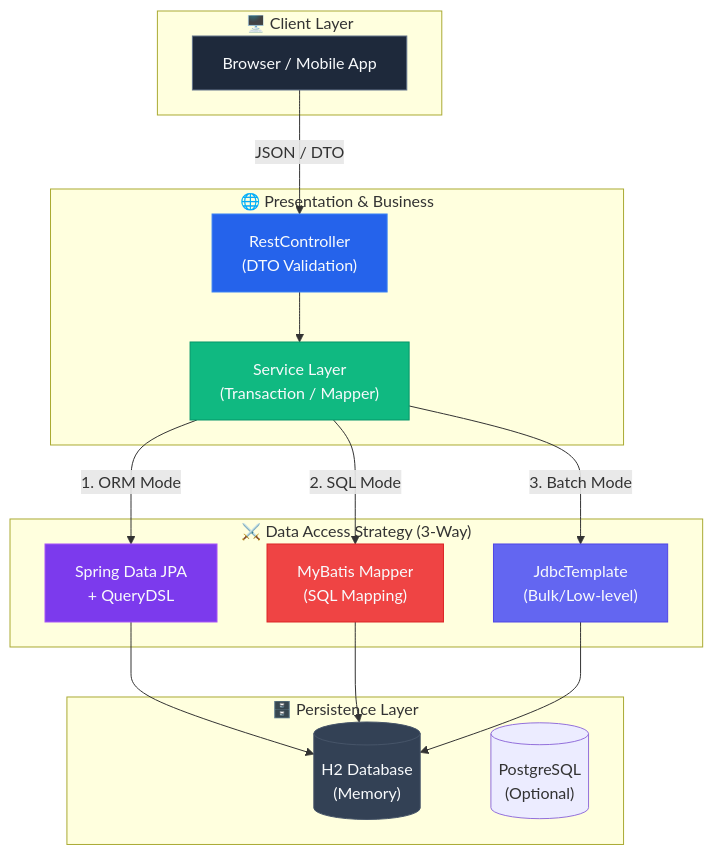
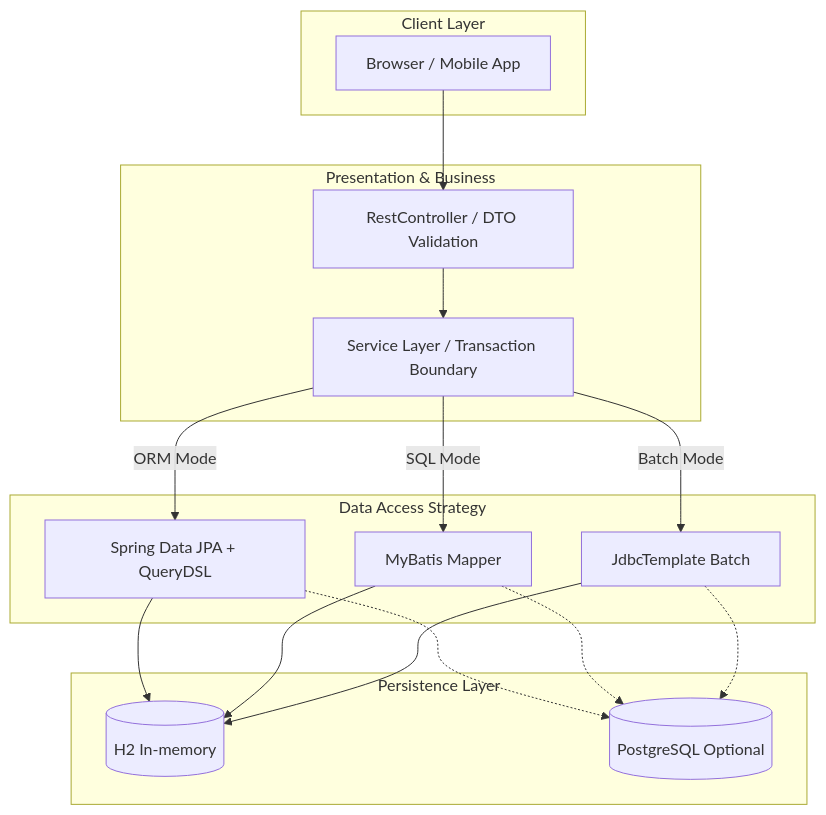
Before and after one commit to hooneyg/database-master-lab: the diagram in README.md, drawn with Mermaid. The commit also changed other lines of this file and 1 other file, not shown here.

````diff
--- a/README.md
+++ b/README.md
@@ -36,40 +41,34 @@
 ```mermaid
 graph TB
-    subgraph "🖥️ Client Layer"
+    subgraph "Client Layer"
         Client["Browser / Mobile App"]
     end
 
-    subgraph "🌐 Presentation & Business"
-        Controller["RestController<br/>(DTO Validation)"]
-        Service["Service Layer<br/>(Transaction / Mapper)"]
+    subgraph "Presentation & Business"
+        Controller["RestController / DTO Validation"]
+        Service["Service Layer / Transaction Boundary"]
     end
 
-    subgraph "⚔️ Data Access Strategy (3-Way)"
-        JPA["Spring Data JPA<br/>+ QueryDSL"]
-        MyBatis["MyBatis Mapper<br/>(SQL Mapping)"]
-        JDBC["JdbcTemplate<br/>(Bulk/Low-level)"]
+    subgraph "Data Access Strategy"
+        JPA["Spring Data JPA + QueryDSL"]
+        MyBatis["MyBatis Mapper"]
+        JDBC["JdbcTemplate Batch"]
     end
 
-    subgraph "🗄️ Persistence Layer"
-        H2[("H2 Database<br/>(Memory)")]
-        PG[("PostgreSQL<br/>(Optional)")]
+    subgraph "Persistence Layer"
+        H2[("H2 In-memory")]
+        PG[("PostgreSQL Optional")]
     end
 
-    Client --> |"JSON / DTO"| Controller
+    Client --> Controller
     Controller --> Service
-    Service --> |"1. ORM Mode"| JPA
-    Service --> |"2. SQL Mode"| MyBatis
-    Service --> |"3. Batch Mode"| JDBC
-
+    Service -->|"ORM Mode"| JPA
+    Service -->|"SQL Mode"| MyBatis
+    Service -->|"Batch Mode"| JDBC
     JPA --> H2
     MyBatis --> H2
     JDBC --> H2
-
-    style Client fill:#1E293B,stroke:#64748B,color:#F8FAFC
-    style Controller fill:#2563EB,stroke:#3B82F6,color:#F8FAFC
-    style Service fill:#10B981,stroke:#059669,color:#F8FAFC
-    style JPA fill:#7C3AED,stroke:#A855F7,color:#F8FAFC
-    style MyBatis fill:#EF4444,stroke:#DC2626,color:#F8FAFC
-    style JDBC fill:#6366F1,stroke:#4F46E5,color:#F8FAFC
-    style H2 fill:#334155,stroke:#475569,color:#F8FAFC
+    JPA -.-> PG
+    MyBatis -.-> PG
+    JDBC -.-> PG
 ```
````
